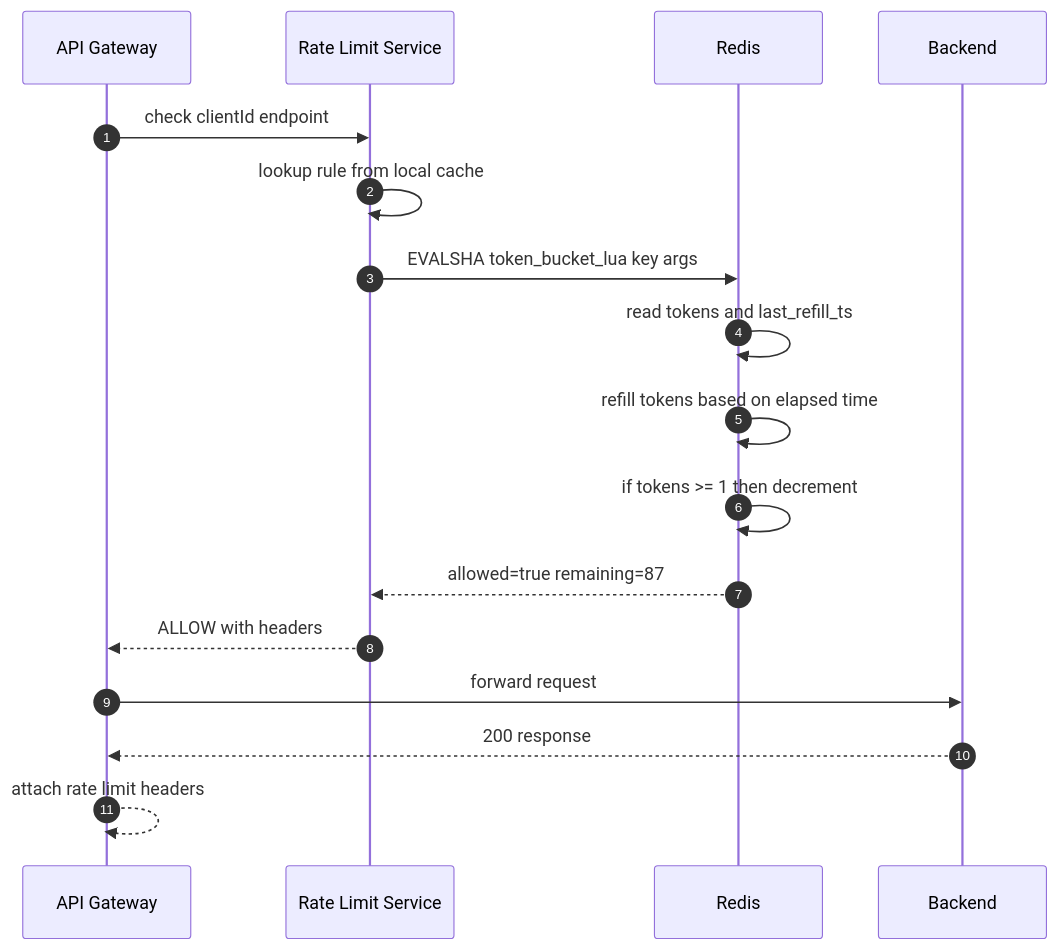
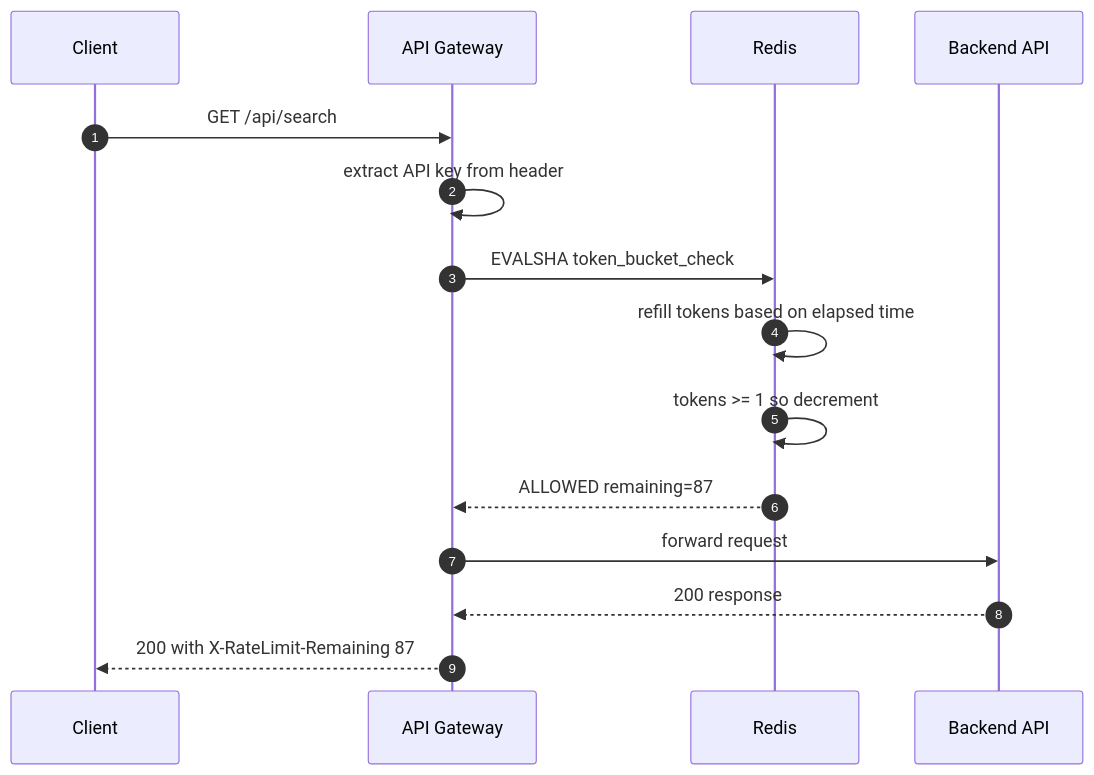
The ninth of 13 diagrams in RateLimiter.md (iluzn/HLD-Designs), drawn with Mermaid before and after one commit. The commit also changed other lines of this file, not shown here.

Commit message:
Rewrite Rate Limiter: beginner-friendly with diagrams-first, glossary, decision trees

````diff
--- a/RateLimiter.md
+++ b/RateLimiter.md
@@ -185,20 +299,18 @@
 ```mermaid
 sequenceDiagram
     autonumber
+    participant C as Client
     participant GW as API Gateway
-    participant RL as Rate Limit Service
     participant R as Redis
-    participant API as Backend
+    participant API as Backend API
 
-    GW->>RL: check clientId endpoint
-    RL->>RL: lookup rule from local cache
-    RL->>R: EVALSHA token_bucket_lua key args
-    R->>R: read tokens and last_refill_ts
+    C->>GW: GET /api/search
+    GW->>GW: extract API key from header
+    GW->>R: EVALSHA token_bucket_check
     R->>R: refill tokens based on elapsed time
-    R->>R: if tokens >= 1 then decrement
-    R-->>RL: allowed=true remaining=87
-    RL-->>GW: ALLOW with headers
+    R->>R: tokens >= 1 so decrement
+    R-->>GW: ALLOWED remaining=87
     GW->>API: forward request
     API-->>GW: 200 response
-    GW-->>GW: attach rate limit headers
+    GW-->>C: 200 with X-RateLimit-Remaining 87
 ```
````
